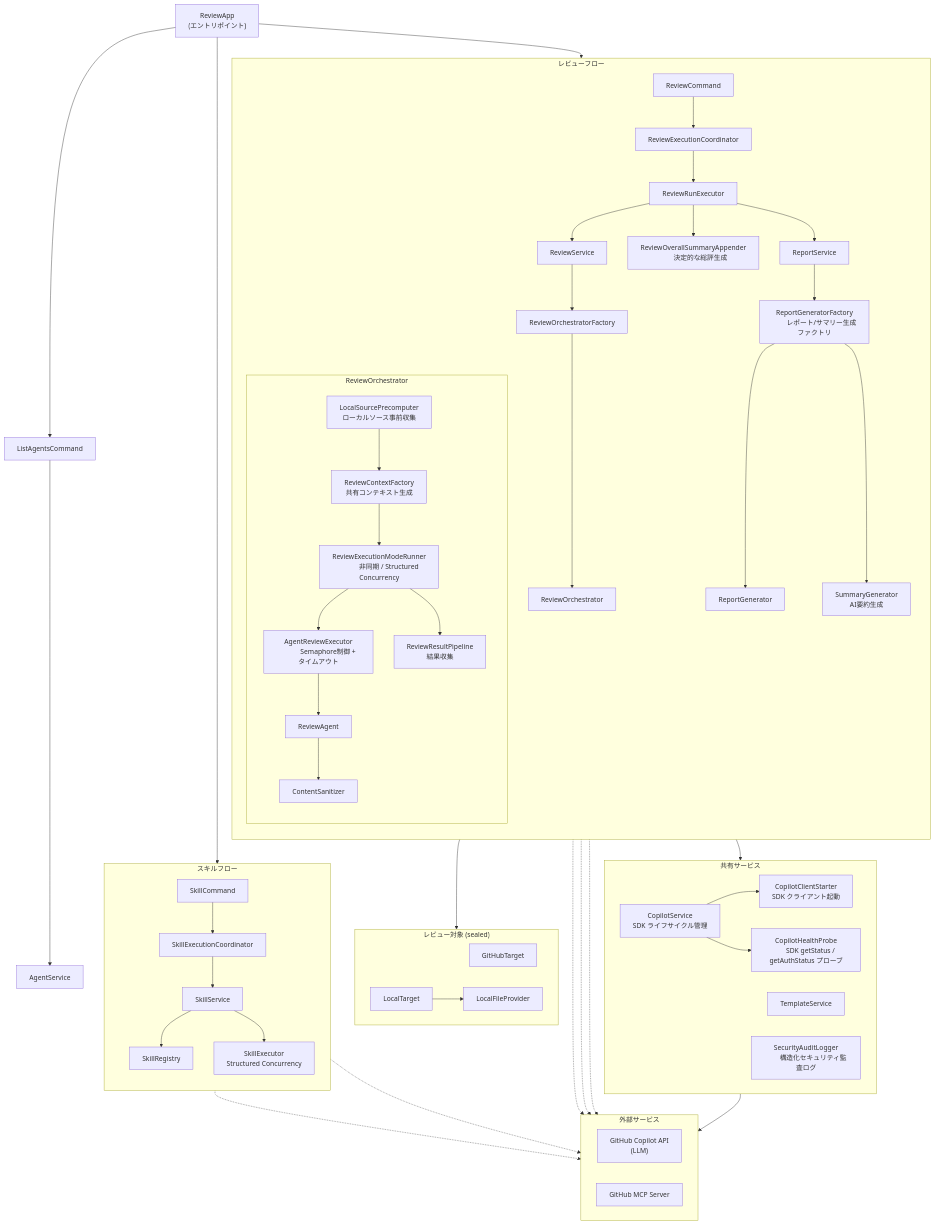
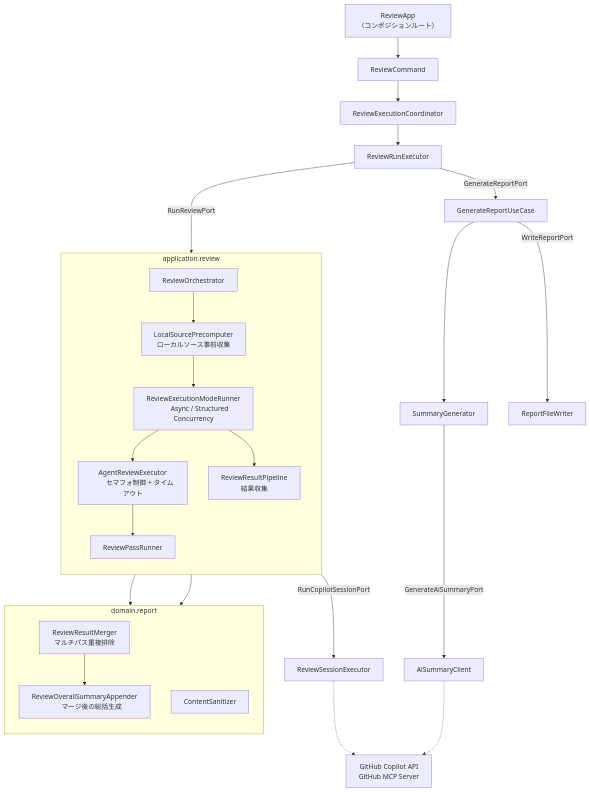
The second of 2 diagrams in README_ja.md (anishi1222/multi-agent-code-reviewer), drawn with Mermaid before and after one commit. The commit also changed other lines of this file and 756 other files, not shown here.

First line of the commit message:
Rebuild into a layered Ports and Adapters architecture with enforced boundaries (#245)

````diff
--- a/README_ja.md
+++ b/README_ja.md
@@ -793,104 +886,45 @@
 ```mermaid
 flowchart TB
-    %% ── CLI ──
     ReviewApp["ReviewApp
-    (エントリポイント)"]
-    ReviewApp --> ReviewCommand
-    ReviewApp --> ListAgentsCommand
-    ReviewApp --> SkillCommand
+    （コンポジションルート）"] --> ReviewCommand
+    ReviewCommand --> ReviewExecutionCoordinator
+    ReviewExecutionCoordinator --> ReviewRunExecutor
 
-    %% ── レビューフロー ──
-    subgraph ReviewFlow["レビューフロー"]
+    ReviewRunExecutor -->|RunReviewPort| ReviewOrchestrator
+
+    subgraph APP["application.review"]
         direction TB
-        ReviewCommand --> ReviewExecutionCoordinator
-        ReviewExecutionCoordinator --> ReviewRunExecutor
-
-        ReviewRunExecutor --> ReviewService
-        ReviewService --> ReviewOrchestratorFactory
-        ReviewOrchestratorFactory --> ReviewOrchestrator
-
-        subgraph Orchestrator["ReviewOrchestrator"]
-            direction TB
-            LocalSourcePrecomputer["LocalSourcePrecomputer
-            ローカルソース事前収集"]
-            ReviewContextFactory["ReviewContextFactory
-            共有コンテキスト生成"]
-            ReviewExecutionModeRunner["ReviewExecutionModeRunner
-            非同期 / Structured Concurrency"]
-            AgentReviewExecutor["AgentReviewExecutor
-            Semaphore制御 + タイムアウト"]
-            ReviewResultPipeline["ReviewResultPipeline
-            結果収集"]
-
-            LocalSourcePrecomputer --> ReviewContextFactory
-            ReviewContextFactory --> ReviewExecutionModeRunner
-            ReviewExecutionModeRunner --> AgentReviewExecutor
-            AgentReviewExecutor --> ReviewAgent
-            ReviewAgent --> ContentSanitizer
-            ReviewExecutionModeRunner --> ReviewResultPipeline
-        end
-
-        ReviewRunExecutor --> ReviewOverallSummaryAppender["ReviewOverallSummaryAppender
-        決定的な総評生成"]
-        ReviewRunExecutor --> ReportService
-        ReportService --> ReportGeneratorFactory["ReportGeneratorFactory
-        レポート/サマリー生成ファクトリ"]
-        ReportGeneratorFactory --> ReportGenerator
-        ReportGeneratorFactory --> SummaryGenerator["SummaryGenerator
-        AI要約生成"]
+        ReviewOrchestrator --> LocalSourcePrecomputer["LocalSourcePrecomputer
+        ローカルソース事前収集"]
+        LocalSourcePrecomputer --> ReviewExecutionModeRunner["ReviewExecutionModeRunner
+        Async / Structured Concurrency"]
+        ReviewExecutionModeRunner --> AgentReviewExecutor["AgentReviewExecutor
+        セマフォ制御 + タイムアウト"]
+        AgentReviewExecutor --> ReviewPassRunner
+        ReviewExecutionModeRunner --> ReviewResultPipeline["ReviewResultPipeline
+        結果収集"]
     end
 
-    %% ── 一覧フロー ──
-    ListAgentsCommand --> AgentService
-
-    %% ── スキルフロー ──
-    subgraph SkillFlow["スキルフロー"]
+    subgraph DOM["domain.report"]
         direction TB
-        SkillCommand --> SkillExecutionCoordinator
-        SkillExecutionCoordinator --> SkillService
-        SkillService --> SkillRegistry
-        SkillService --> SkillExecutor["SkillExecutor
-        Structured Concurrency"]
+        ReviewResultMerger["ReviewResultMerger
+        マルチパス重複排除"]
+        ReviewOverallSummaryAppender["ReviewOverallSummaryAppender
+        マージ後の総括生成"]
+        ContentSanitizer
     end
 
-    %% ── レビュー対象 ──
-    subgraph Target["レビュー対象 (sealed)"]
-        direction LR
-        GitHubTarget
-        LocalTarget --> LocalFileProvider
-    end
-    ReviewService --> Target
+    ReviewPassRunner -->|RunCopilotSessionPort| ReviewSessionExecutor
+    ReviewPassRunner --> ContentSanitizer
+    ReviewResultPipeline --> ReviewResultMerger
+    ReviewResultMerger --> ReviewOverallSummaryAppender
 
-    %% ── 共有サービス ──
-    subgraph Shared["共有サービス"]
-        direction LR
-        CopilotService["CopilotService
-        SDK ライフサイクル管理"]
-      CopilotClientStarter["CopilotClientStarter
-      SDK クライアント起動"]
-      CopilotHealthProbe["CopilotHealthProbe
-      SDK getStatus / getAuthStatus プローブ"]
-        TemplateService
-        SecurityAuditLogger["SecurityAuditLogger
-        構造化セキュリティ監査ログ"]
-    end
+    ReviewRunExecutor -->|GenerateReportPort| GenerateReportUseCase
+    GenerateReportUseCase --> SummaryGenerator
+    GenerateReportUseCase -->|WriteReportPort| ReportFileWriter
+    SummaryGenerator -->|GenerateAiSummaryPort| AiSummaryClient
 
-    ReviewExecutionCoordinator --> CopilotService
-    CopilotService --> CopilotClientStarter
-    CopilotService --> CopilotHealthProbe
-
-    %% ── 外部サービス ──
-    subgraph External["外部サービス"]
-        direction LR
-        CopilotAPI["GitHub Copilot API
-        (LLM)"]
-        GitHubMCP["GitHub MCP Server"]
-    end
-
-    CopilotService --> CopilotAPI
-    ReviewAgent -.-> CopilotAPI
-    ReviewAgent -.-> GitHubMCP
-    SkillExecutor -.-> CopilotAPI
-    SkillExecutor -.-> GitHubMCP
-    SummaryGenerator -.-> CopilotAPI
+    ReviewSessionExecutor -.-> Ext["GitHub Copilot API
+    GitHub MCP Server"]
+    AiSummaryClient -.-> Ext
 ```
````
